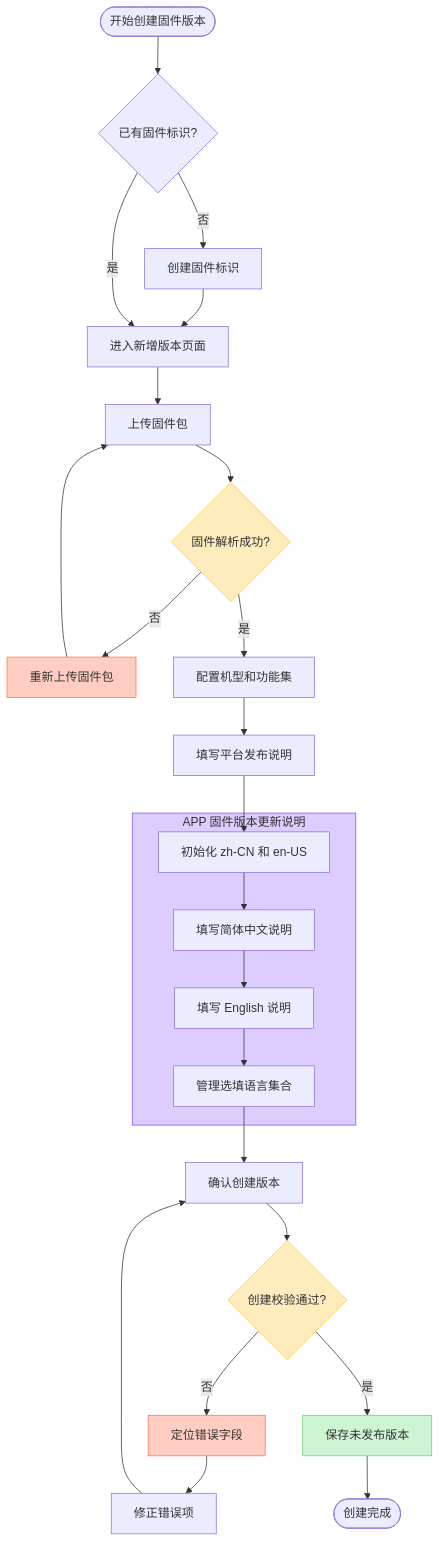
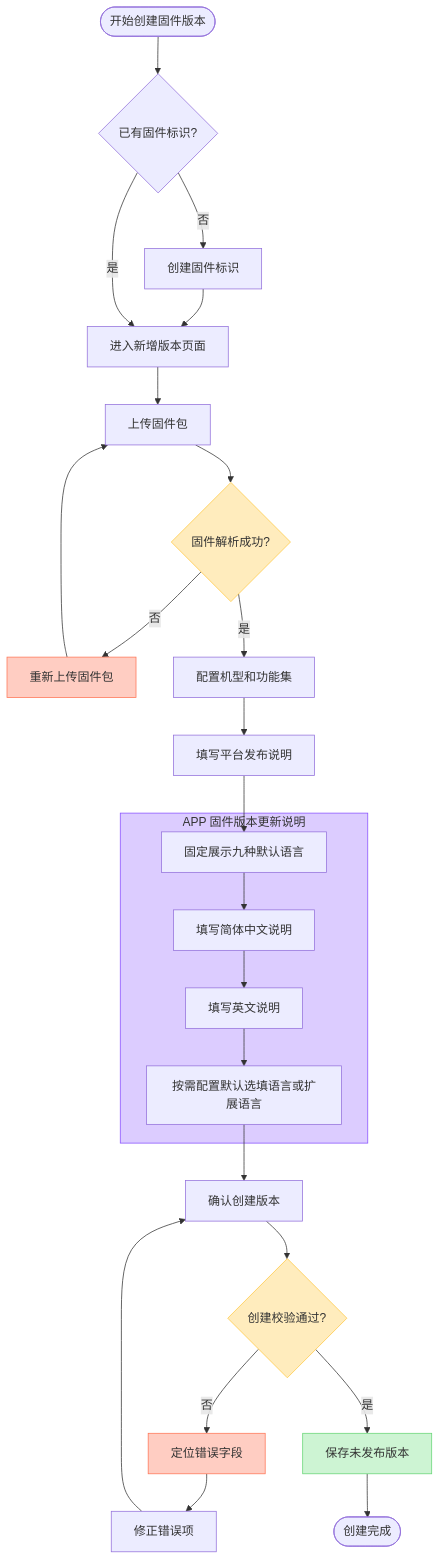
Before and after one commit to tangtangtang-tys/firmware-release-summary: the second of 10 diagrams in 产品文档/固件多语言发布与版本回滚_业务链路流程图.md, drawn with Mermaid. The commit also changed other lines of this file and 173 other files, not shown here.

````diff
--- a/产品文档/固件多语言发布与版本回滚_业务链路流程图.md
+++ b/产品文档/固件多语言发布与版本回滚_业务链路流程图.md
@@ -187,45 +187,45 @@
 ```mermaid
 flowchart TD
     start(["开始创建固件版本"])
     hasMark{"已有固件标识?"}
     createMark["创建固件标识"]
     newVersion["进入新增版本页面"]
     uploadPackage["上传固件包"]
     parseOk{"固件解析成功?"}
     retryUpload["重新上传固件包"]
     baseConfig["配置机型和功能集"]
     platformNote["填写平台发布说明"]
 
     subgraph localeConfig ["APP 固件版本更新说明"]
-        initRequired["初始化 zh-CN 和 en-US"]
+        initRequired["固定展示九种默认语言"]
         fillChinese["填写简体中文说明"]
-        fillEnglish["填写 English 说明"]
-        manageOptional["管理选填语言集合"]
+        fillEnglish["填写英文说明"]
+        manageOptional["按需配置默认选填语言或扩展语言"]
     end
 
     submitCreate["确认创建版本"]
     validateForm{"创建校验通过?"}
     showErrors["定位错误字段"]
     fixErrors["修正错误项"]
     saveVersion["保存未发布版本"]
     createSuccess(["创建完成"])
 
     start --> hasMark
     hasMark -->|"否"| createMark --> newVersion
     hasMark -->|"是"| newVersion
     newVersion --> uploadPackage --> parseOk
     parseOk -->|"否"| retryUpload --> uploadPackage
     parseOk -->|"是"| baseConfig --> platformNote
     platformNote --> initRequired --> fillChinese
     fillChinese --> fillEnglish --> manageOptional
     manageOptional --> submitCreate --> validateForm
     validateForm -->|"否"| showErrors --> fixErrors --> submitCreate
     validateForm -->|"是"| saveVersion --> createSuccess
 
     style localeConfig fill:#DCCCFF,stroke:#874FFF
     style parseOk fill:#FFECBD,stroke:#FFC943
     style validateForm fill:#FFECBD,stroke:#FFC943
     style retryUpload fill:#FFCDC2,stroke:#FF7556
     style showErrors fill:#FFCDC2,stroke:#FF7556
     style saveVersion fill:#CDF4D3,stroke:#66D575
 ```
````
